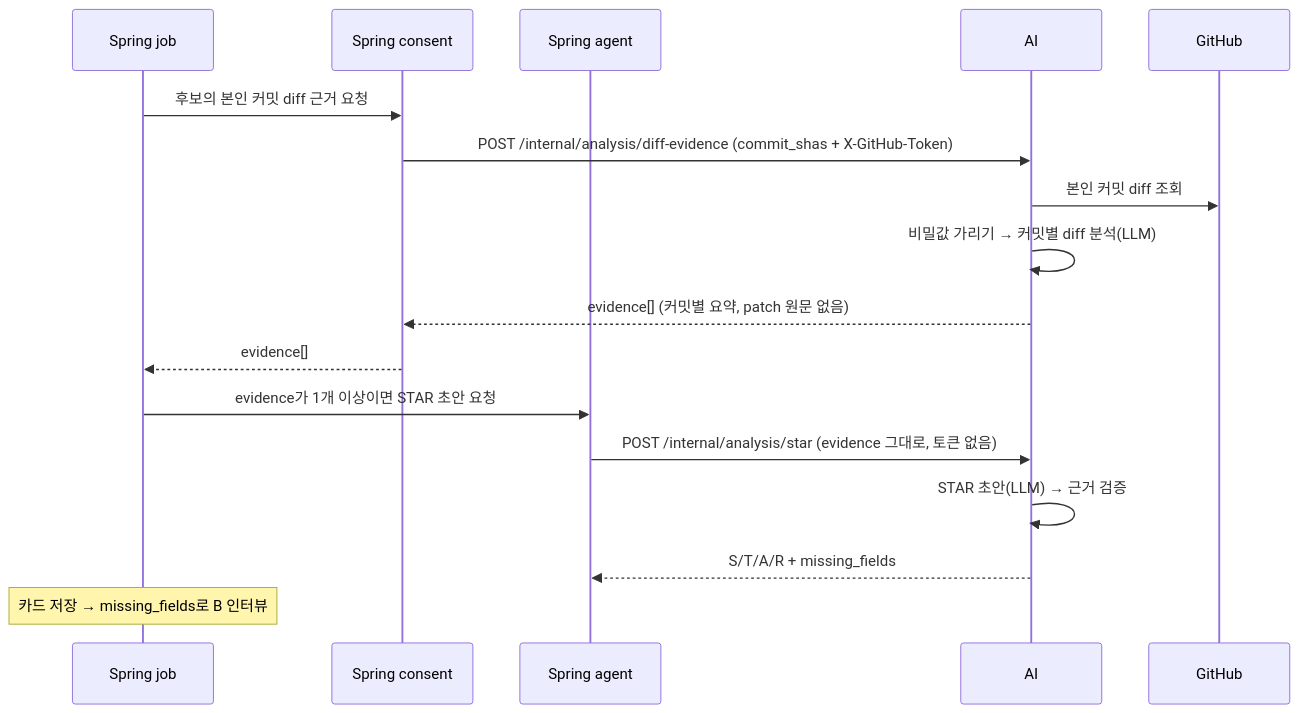
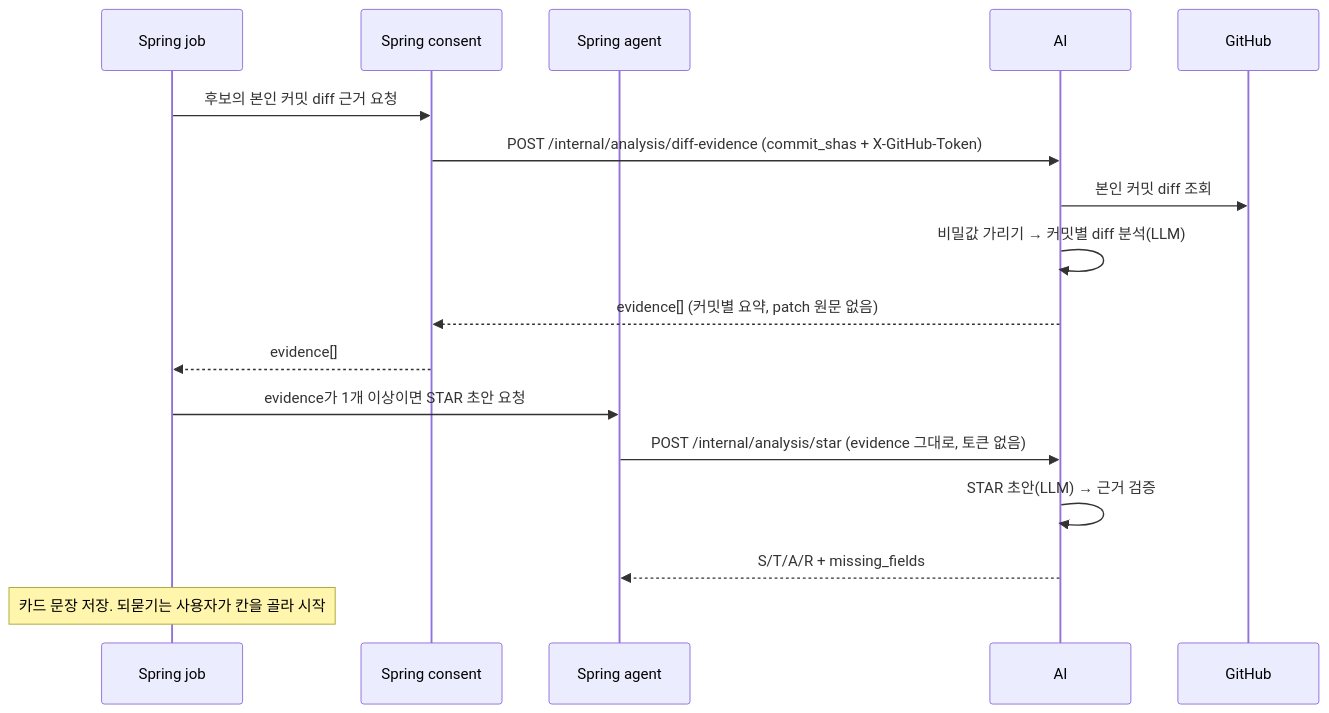
One commit to kakaotechcampus-4/ktc4-kyungpook-1 changed the diagram in docs/AI_DIFF_STAR_INTEGRATION.md. Above: the diagram before and after it, drawn with Mermaid. The commit also changed other lines of this file and 2 other files, not shown here.

````diff
--- a/docs/AI_DIFF_STAR_INTEGRATION.md
+++ b/docs/AI_DIFF_STAR_INTEGRATION.md
@@ -7,19 +7,19 @@
 ```mermaid
 sequenceDiagram
     participant J as Spring job
     participant C as Spring consent
     participant G as Spring agent
     participant A as AI
     participant H as GitHub
     J->>C: 후보의 본인 커밋 diff 근거 요청
     C->>A: POST /internal/analysis/diff-evidence (commit_shas + X-GitHub-Token)
     A->>H: 본인 커밋 diff 조회
     A->>A: 비밀값 가리기 → 커밋별 diff 분석(LLM)
     A-->>C: evidence[] (커밋별 요약, patch 원문 없음)
     C-->>J: evidence[]
     J->>G: evidence가 1개 이상이면 STAR 초안 요청
     G->>A: POST /internal/analysis/star (evidence 그대로, 토큰 없음)
     A->>A: STAR 초안(LLM) → 근거 검증
     A-->>G: S/T/A/R + missing_fields
-    Note over J: 카드 저장 → missing_fields로 B 인터뷰
+    Note over J: 카드 문장 저장. 되묻기는 사용자가 칸을 골라 시작
 ```
````
